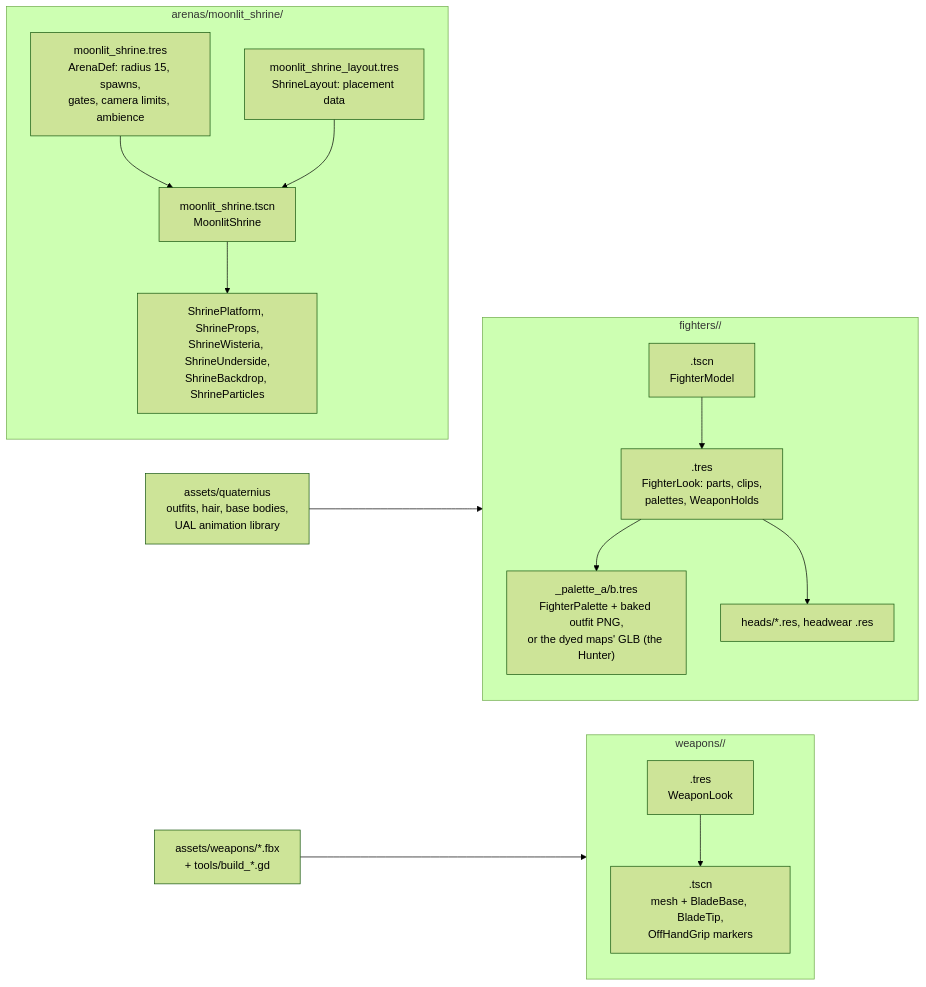
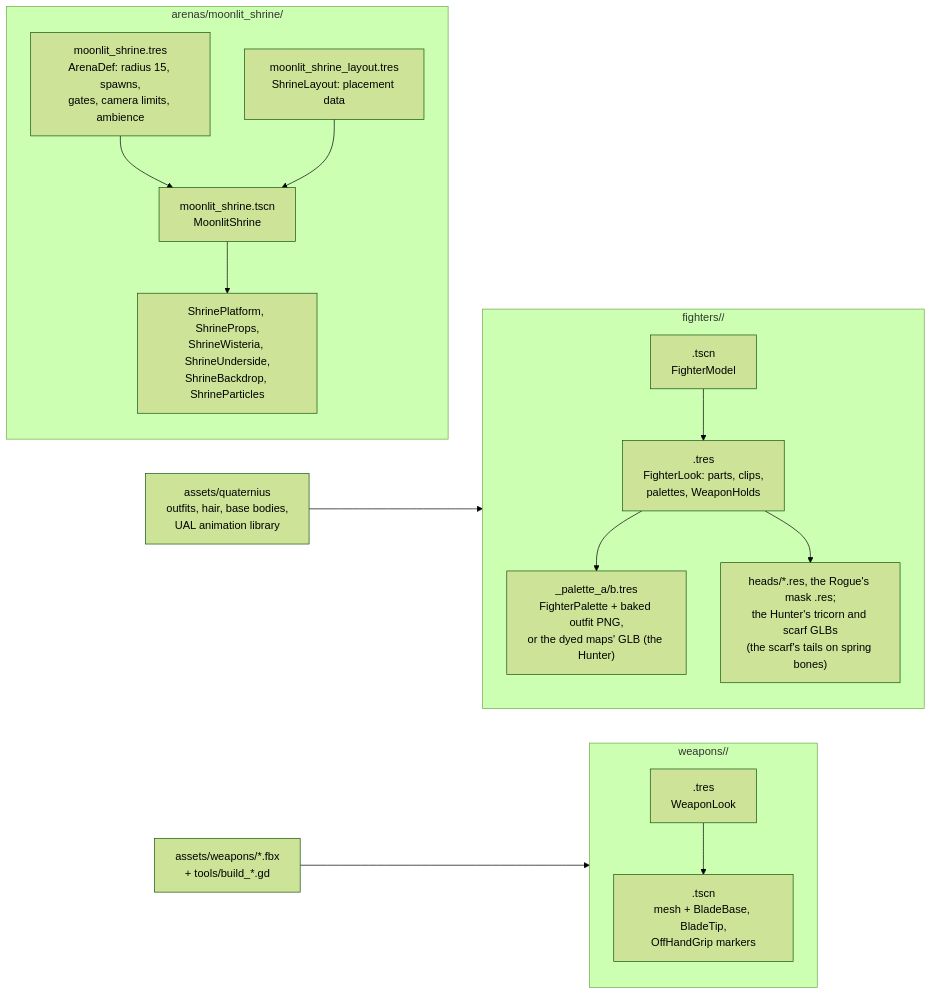
Diagram 14 of 22 in docs/architecture.md (Arod231/monomachia), drawn with Mermaid (forest theme) before and after one commit. The commit also changed other lines of this file and 32 other files, not shown here.

First line of the commit message:
Model the Hunter's tricorn and scarf in Blender, the scarf on spring bones (M1 task 46)

````diff
--- a/docs/architecture.md
+++ b/docs/architecture.md
@@ -762,18 +762,18 @@
 ```mermaid
 flowchart LR
     subgraph FIGHTER["fighters/<id>/"]
         FTSCN["<id>.tscn<br/>FighterModel"] --> FTRES["<id>.tres<br/>FighterLook: parts, clips,<br/>palettes, WeaponHolds"]
         FTRES --> PAL["<id>_palette_a/b.tres<br/>FighterPalette + baked outfit PNG,<br/>or the dyed maps' GLB (the Hunter)"]
-        FTRES --> HEAD["heads/*.res, headwear .res"]
+        FTRES --> HEAD["heads/*.res, the Rogue's mask .res;<br/>the Hunter's tricorn and scarf GLBs<br/>(the scarf's tails on spring bones)"]
     end
     subgraph WEAPON["weapons/<id>/"]
         WRES["<id>.tres<br/>WeaponLook"] --> WSCN["<id>.tscn<br/>mesh + BladeBase, BladeTip,<br/>OffHandGrip markers"]
     end
     subgraph ARENA["arenas/moonlit_shrine/"]
         ADEF["moonlit_shrine.tres<br/>ArenaDef: radius 15, spawns,<br/>gates, camera limits, ambience"] --> ASCN["moonlit_shrine.tscn<br/>MoonlitShrine"]
         ASCN --> PARTS["ShrinePlatform, ShrineProps,<br/>ShrineWisteria, ShrineUnderside,<br/>ShrineBackdrop, ShrineParticles"]
         LAYOUT["moonlit_shrine_layout.tres<br/>ShrineLayout: placement data"] --> ASCN
     end
     ASSETS["assets/quaternius<br/>outfits, hair, base bodies,<br/>UAL animation library"] --> FIGHTER
     SRCW["assets/weapons/*.fbx<br/>+ tools/build_*.gd"] --> WEAPON
 ```
````
